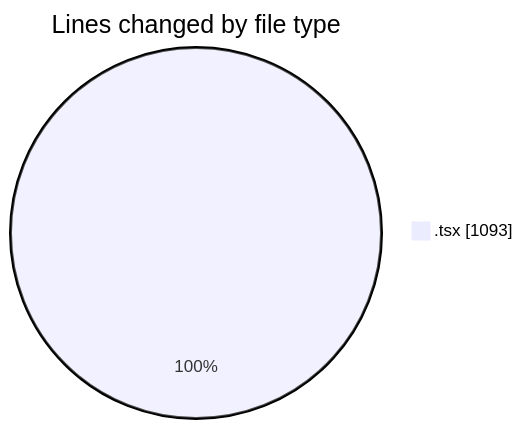
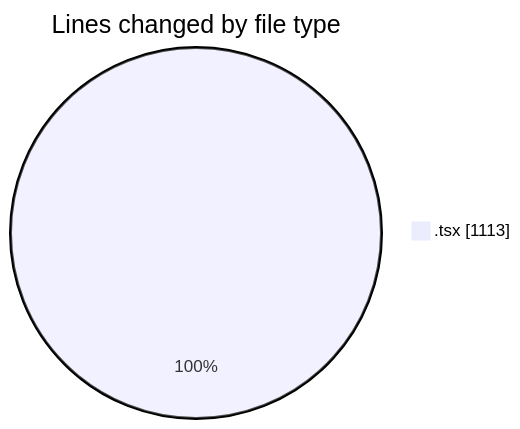
The first of 2 diagrams in 2026-02-02/nxtqube_webapp/README.md (nxtqubesakshisongat/code-tracking), drawn with Mermaid before and after one commit. The commit also changed other lines of this file and 1 other file, not shown here.

````diff
--- a/2026-02-02/nxtqube_webapp/README.md
+++ b/2026-02-02/nxtqube_webapp/README.md
@@ -22,5 +22,5 @@
 ```mermaid
 pie showData
 title Lines changed by file type
-".tsx" : 1093
+".tsx" : 1113
 ```
````
